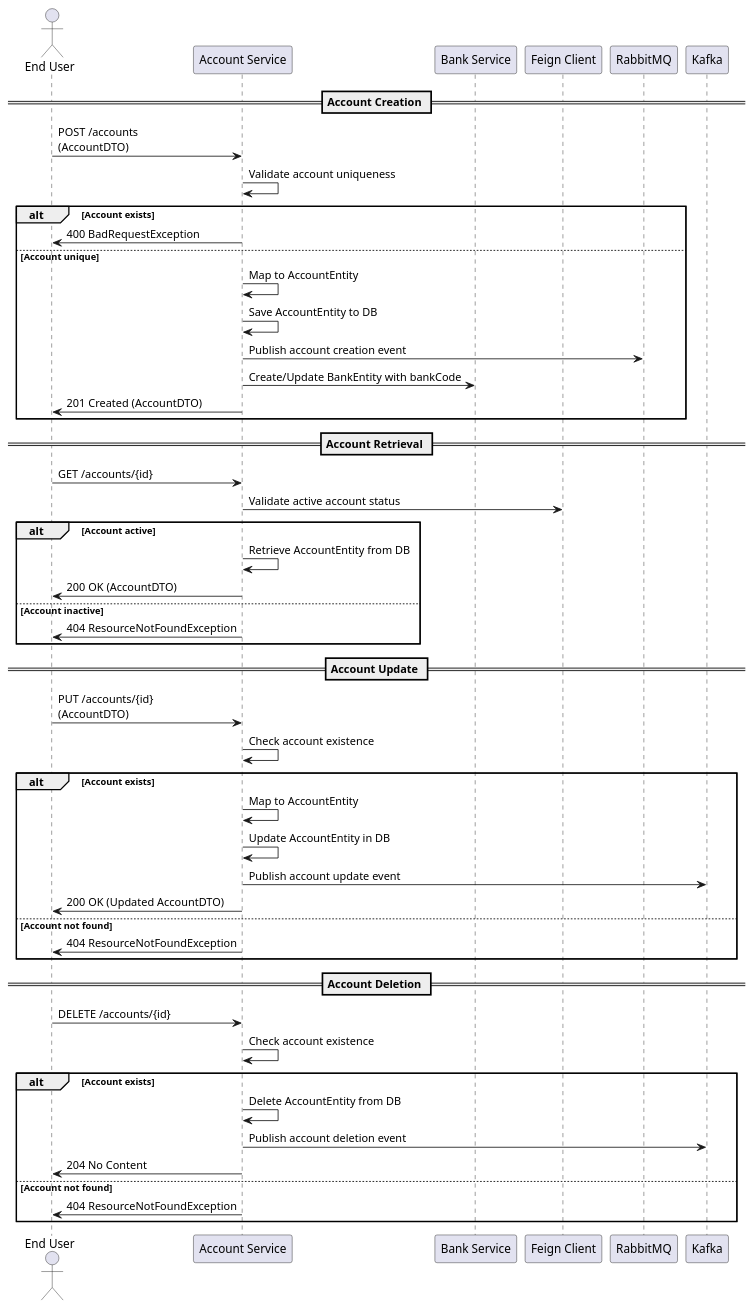
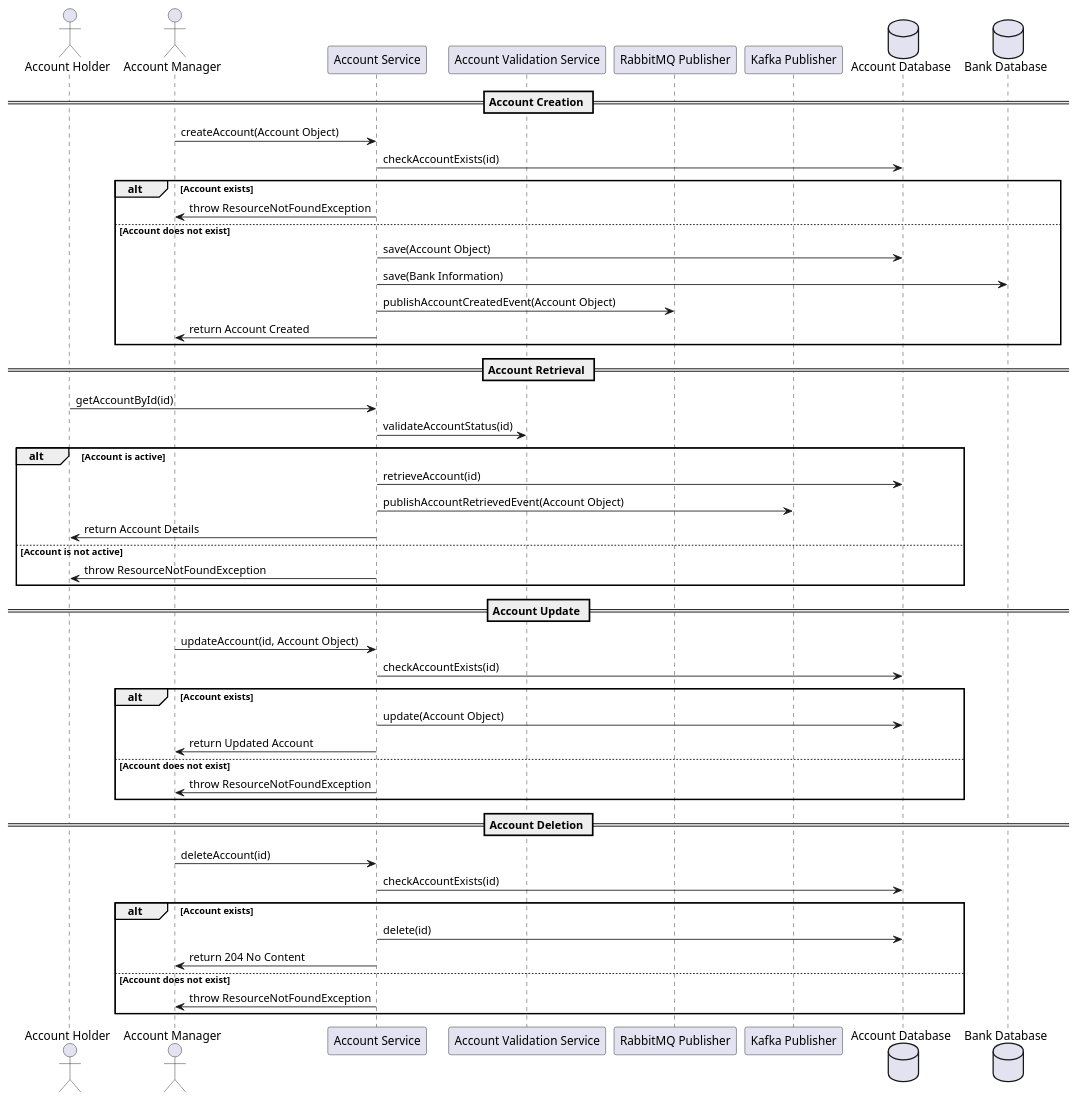
One commit to Bhaskar-Pavan/AccountService changed the diagram in design_document/AccountService.md. Above: the diagram before and after it, drawn with PlantUML. The commit also changed other lines of this file, not shown here.

````diff
--- a/design_document/AccountService.md
+++ b/design_document/AccountService.md
@@ -37,58 +37,56 @@
 ```plantuml
 @startuml
-
-actor "End User" as User
+actor "Account Holder" as AccountHolder
+actor "Account Manager" as AccountManager
 participant "Account Service" as AccountService
-participant "Bank Service" as BankService
-participant "Feign Client" as FeignClient
-participant "RabbitMQ" as RabbitMQ
-participant "Kafka" as Kafka
+participant "Account Validation Service" as AccountValidationService
+participant "RabbitMQ Publisher" as RabbitMQ
+participant "Kafka Publisher" as Kafka
+database "Account Database" as AccountDB
+database "Bank Database" as BankDB
 
 == Account Creation ==
-User -> AccountService: POST /accounts\n(AccountDTO)
-AccountService -> AccountService: Validate account uniqueness
+AccountManager -> AccountService: createAccount(Account Object)
+AccountService -> AccountDB: checkAccountExists(id)
 alt Account exists
-    AccountService -> User: 400 BadRequestException
-else Account unique
-    AccountService -> AccountService: Map to AccountEntity
-    AccountService -> AccountService: Save AccountEntity to DB
-    AccountService -> RabbitMQ: Publish account creation event
-    AccountService -> BankService: Create/Update BankEntity with bankCode
-    AccountService -> User: 201 Created (AccountDTO)
+    AccountService -> AccountManager: throw ResourceNotFoundException
+else Account does not exist
+    AccountService -> AccountDB: save(Account Object)
+    AccountService -> BankDB: save(Bank Information)
+    AccountService -> RabbitMQ: publishAccountCreatedEvent(Account Object)
+    AccountService -> AccountManager: return Account Created
 end
 
 == Account Retrieval ==
-User -> AccountService: GET /accounts/{id}
-AccountService -> FeignClient: Validate active account status
-alt Account active
-    AccountService -> AccountService: Retrieve AccountEntity from DB
-    AccountService -> User: 200 OK (AccountDTO)
-else Account inactive
-    AccountService -> User: 404 ResourceNotFoundException
+AccountHolder -> AccountService: getAccountById(id)
+AccountService -> AccountValidationService: validateAccountStatus(id)
+alt Account is active
+    AccountService -> AccountDB: retrieveAccount(id)
+    AccountService -> Kafka: publishAccountRetrievedEvent(Account Object)
+    AccountService -> AccountHolder: return Account Details
+else Account is not active
+    AccountService -> AccountHolder: throw ResourceNotFoundException
 end
 
 == Account Update ==
-User -> AccountService: PUT /accounts/{id}\n(AccountDTO)
-AccountService -> AccountService: Check account existence
+AccountManager -> AccountService: updateAccount(id, Account Object)
+AccountService -> AccountDB: checkAccountExists(id)
 alt Account exists
-    AccountService -> AccountService: Map to AccountEntity
-    AccountService -> AccountService: Update AccountEntity in DB
-    AccountService -> Kafka: Publish account update event
-    AccountService -> User: 200 OK (Updated AccountDTO)
-else Account not found
-    AccountService -> User: 404 ResourceNotFoundException
+    AccountService -> AccountDB: update(Account Object)
+    AccountService -> AccountManager: return Updated Account
+else Account does not exist
+    AccountService -> AccountManager: throw ResourceNotFoundException
 end
 
 == Account Deletion ==
-User -> AccountService: DELETE /accounts/{id}
-AccountService -> AccountService: Check account existence
+AccountManager -> AccountService: deleteAccount(id)
+AccountService -> AccountDB: checkAccountExists(id)
 alt Account exists
-    AccountService -> AccountService: Delete AccountEntity from DB
-    AccountService -> Kafka: Publish account deletion event
-    AccountService -> User: 204 No Content
-else Account not found
-    AccountService -> User: 404 ResourceNotFoundException
+    AccountService -> AccountDB: delete(id)
+    AccountService -> AccountManager: return 204 No Content
+else Account does not exist
+    AccountService -> AccountManager: throw ResourceNotFoundException
 end
 
 @enduml
 ```
````
